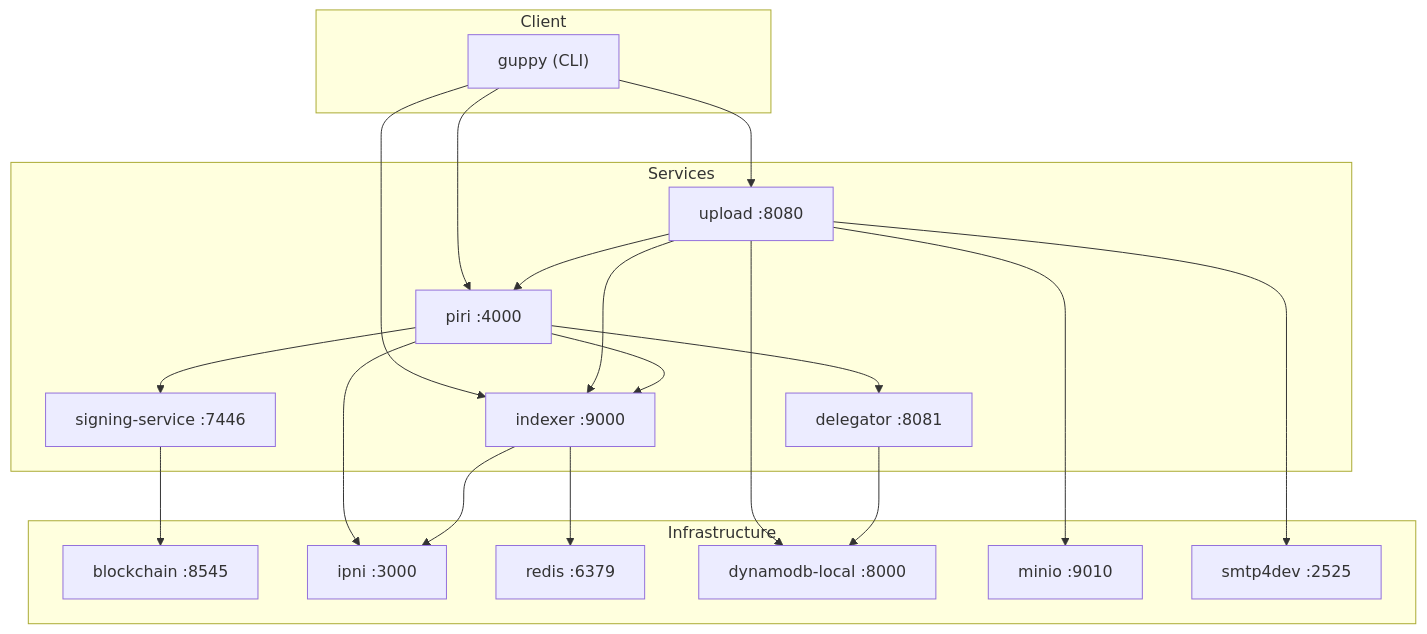
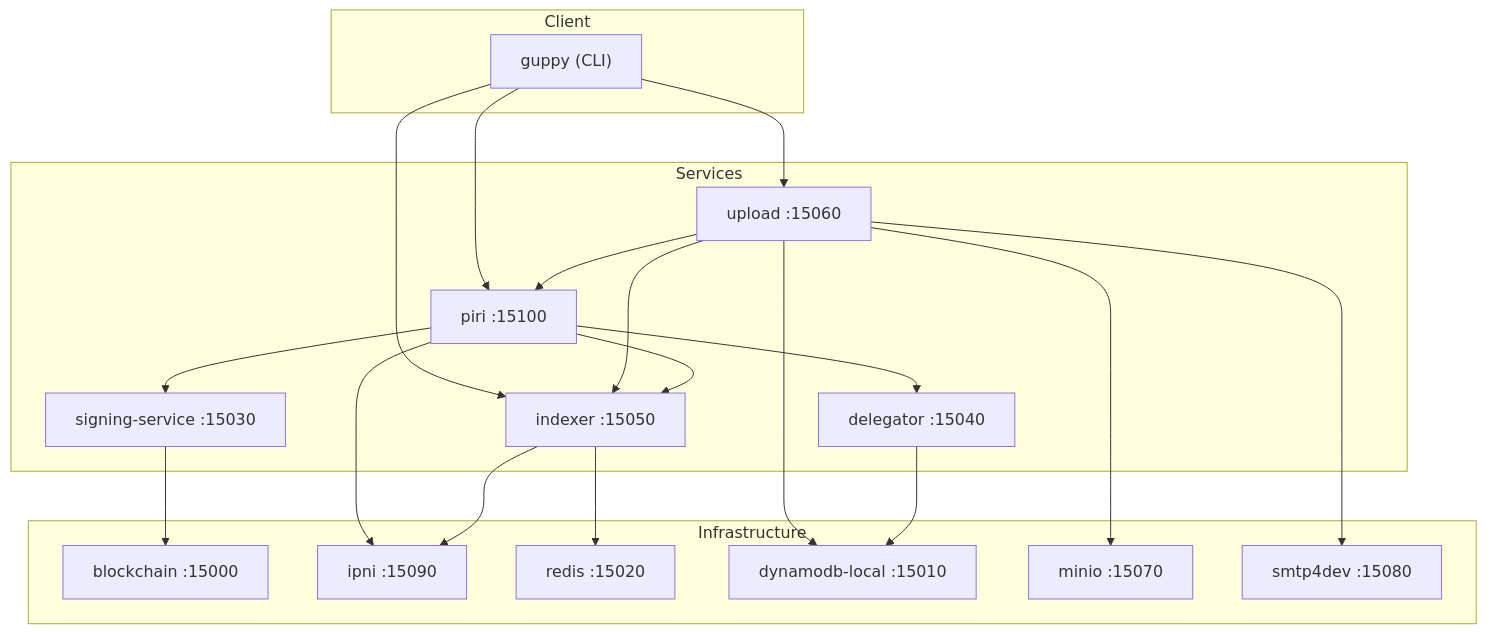
One commit to fil-forge/forge changed the diagram in smelt/README.md. Above: the diagram before and after it, drawn with Mermaid. The commit also changed other lines of this file and 24 other files, not shown here.

````diff
--- a/smelt/README.md
+++ b/smelt/README.md
@@ -76,43 +77,43 @@
 ```mermaid
 flowchart TB
     subgraph Client
         guppy["guppy (CLI)"]
     end
 
     subgraph Services
-        upload["upload :8080"]
-        piri["piri :4000"]
-        indexer["indexer :9000"]
-        signing["signing-service :7446"]
-        delegator["delegator :8081"]
+        upload["upload :15060"]
+        piri["piri :15100"]
+        indexer["indexer :15050"]
+        signing["signing-service :15030"]
+        delegator["delegator :15040"]
     end
 
     subgraph Infrastructure
-        blockchain["blockchain :8545"]
-        ipni["ipni :3000"]
-        redis["redis :6379"]
-        dynamodb["dynamodb-local :8000"]
-        minio["minio :9010"]
-        email["smtp4dev :2525"]
+        blockchain["blockchain :15000"]
+        ipni["ipni :15090"]
+        redis["redis :15020"]
+        dynamodb["dynamodb-local :15010"]
+        minio["minio :15070"]
+        email["smtp4dev :15080"]
     end
 
     guppy --> upload
     guppy --> piri
     guppy --> indexer
 
     upload --> piri
     upload --> indexer
     upload --> minio
     upload --> dynamodb
     upload --> email
 
     piri --> signing
     piri --> ipni
     piri --> delegator
     piri --> indexer
     signing --> blockchain
 
     delegator --> dynamodb
     indexer --> redis
     indexer --> ipni
 ```
````
